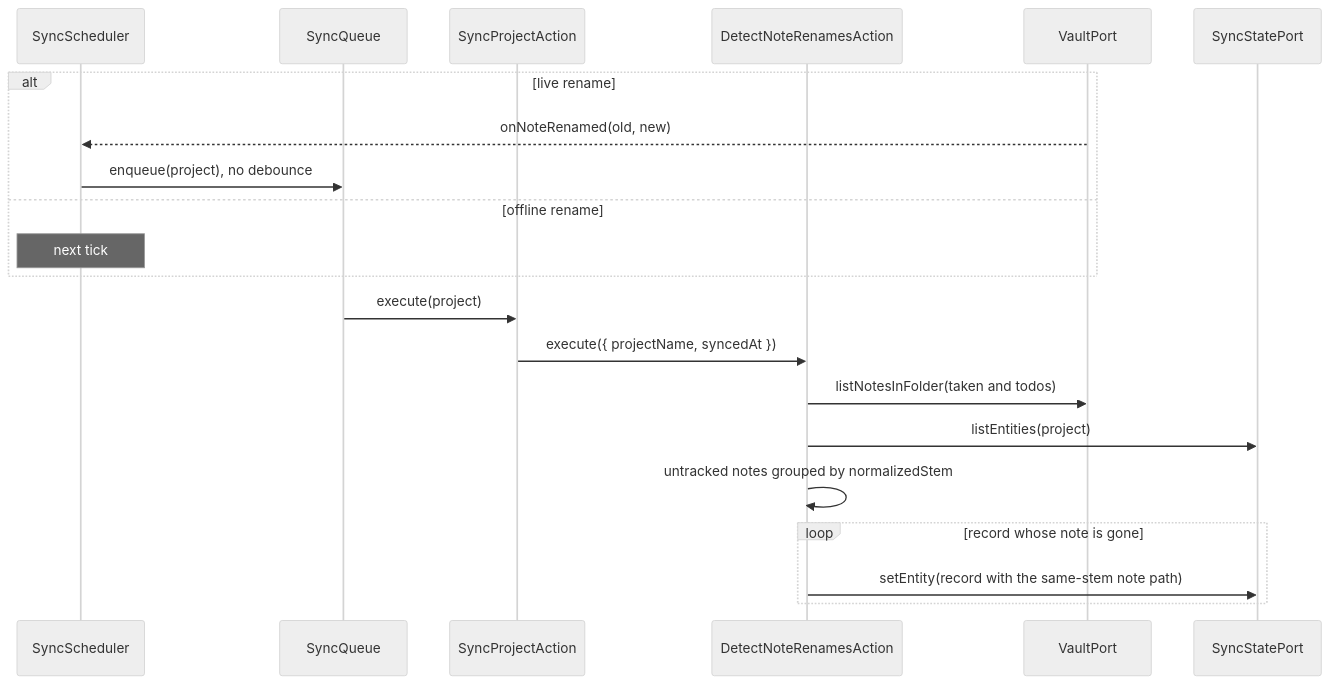
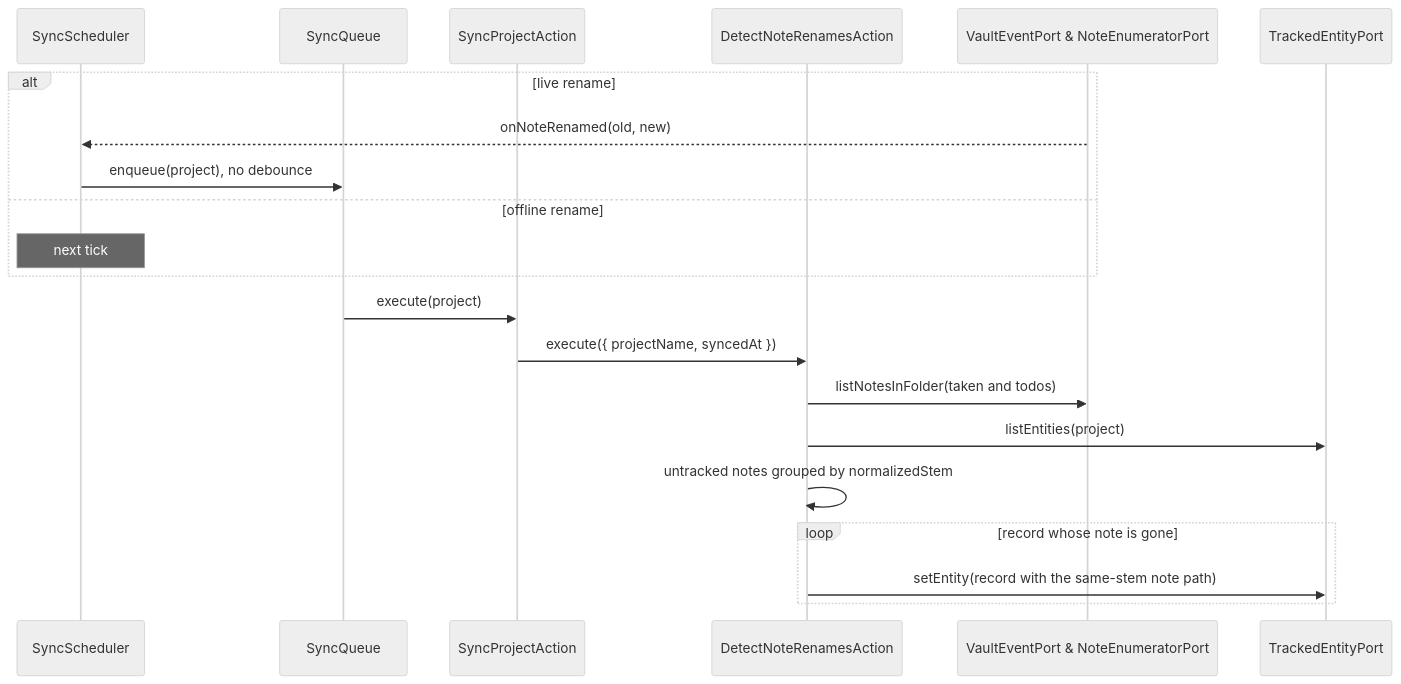
One commit to 99linesofcode/obsidian-project-management changed diagram 17 of 18 in docs/developer-manual.md. Above: the diagram before and after it, drawn with Mermaid (neutral theme). The commit also changed other lines of this file and 35 other files, not shown here.

````diff
--- a/docs/developer-manual.md
+++ b/docs/developer-manual.md
@@ -788,24 +793,24 @@
 ```mermaid
 sequenceDiagram
   participant Sched as SyncScheduler
   participant Q as SyncQueue
   participant SP as SyncProjectAction
   participant Ren as DetectNoteRenamesAction
-  participant V as VaultPort
-  participant SS as SyncStatePort
+  participant V as VaultEventPort & NoteEnumeratorPort
+  participant SS as TrackedEntityPort
 
   alt live rename
     V-->>Sched: onNoteRenamed(old, new)
     Sched->>Q: enqueue(project), no debounce
   else offline rename
     Note over Sched: next tick
   end
   Q->>SP: execute(project)
   SP->>Ren: execute({ projectName, syncedAt })
   Ren->>V: listNotesInFolder(taken and todos)
   Ren->>SS: listEntities(project)
   Ren->>Ren: untracked notes grouped by normalizedStem
   loop record whose note is gone
     Ren->>SS: setEntity(record with the same-stem note path)
   end
 ```
````
